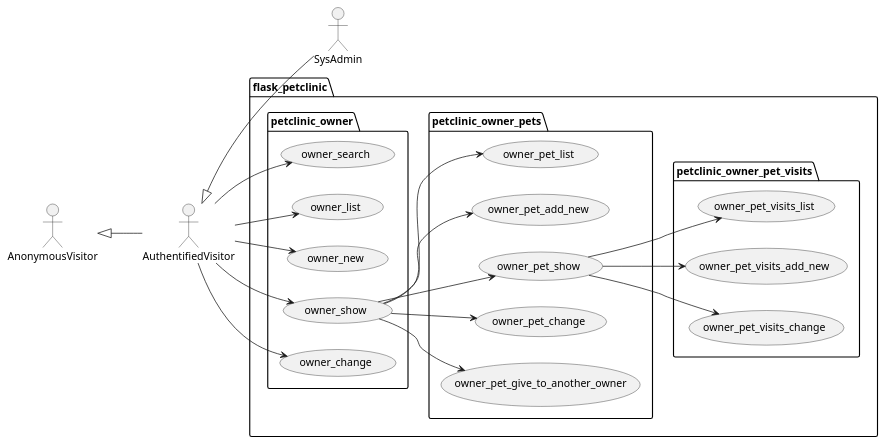
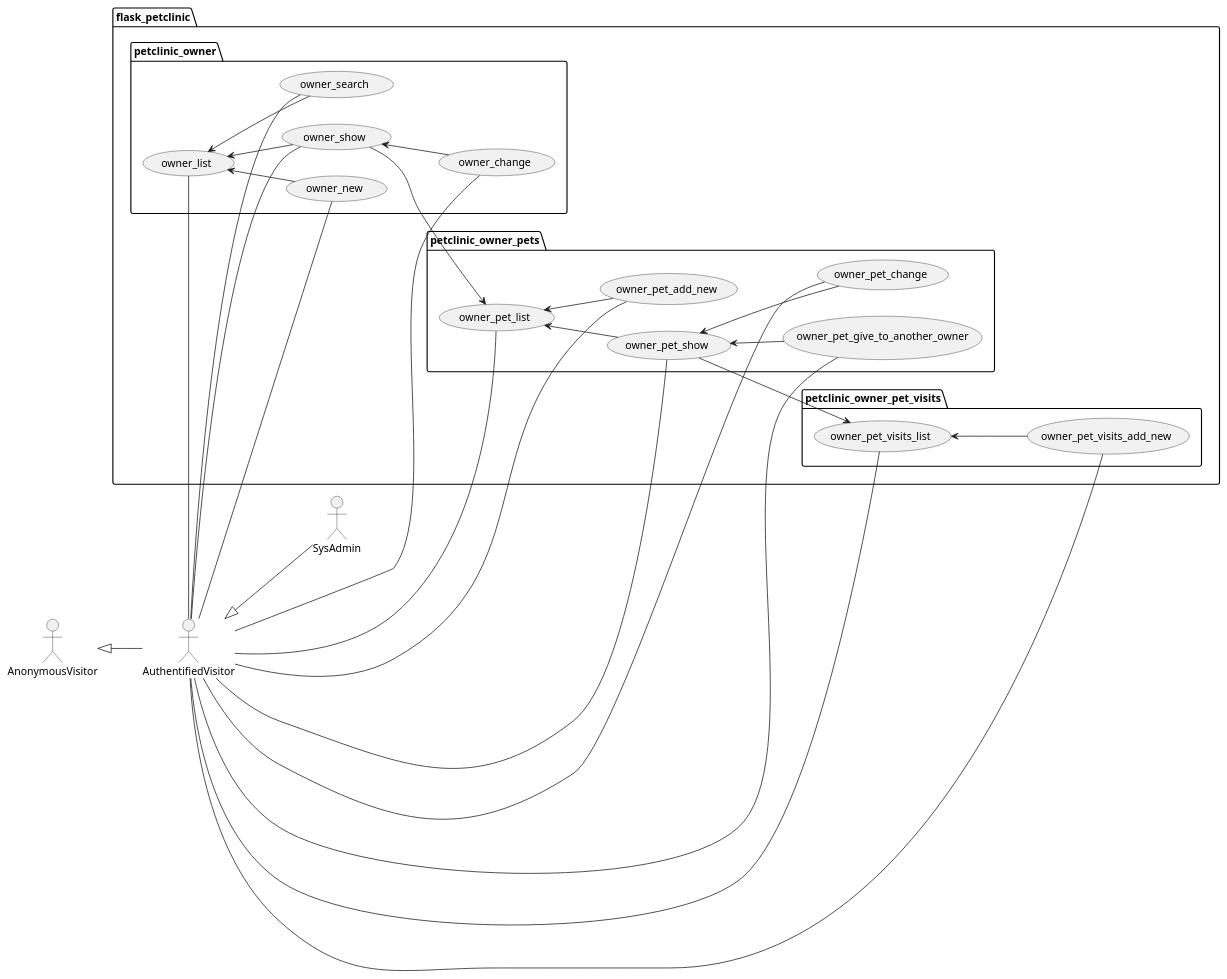
One commit to Jakarta-EE-Petclinic/petclinic_flask changed the diagram in project/petclinic_model/owner/owner.puml. Above: the diagram before and after it, drawn with PlantUML. The commit also changed 7 other files, not shown here.

```diff
--- a/project/petclinic_model/owner/owner.puml
+++ b/project/petclinic_model/owner/owner.puml
@@ -1,56 +1,67 @@
 @startuml
 left to right direction
 
 actor AnonymousVisitor as av
 actor AuthentifiedVisitor as au
 actor SysAdmin as sa
 
 av <|-- au
 au <|-- sa
 
 package flask_petclinic {
 
     package petclinic_owner {
 
         usecase owner_search as uc7000
         usecase owner_list as uc7001
         usecase owner_new as uc7002
         usecase owner_show as uc7003
         usecase owner_change as uc7004
 
-        au --> uc7000
-        au --> uc7001
-        au --> uc7002
-        au --> uc7003
-        au --> uc7004
+        au -- uc7000
+        au -- uc7001
+        au -- uc7002
+        au -- uc7003
+        au -- uc7004
 
+        uc7001 <-- uc7000
+        uc7001 <-- uc7002
+        uc7001 <-- uc7003
+        uc7003 <-- uc7004
     }
 
     package petclinic_owner_pets {
 
         usecase owner_pet_list as uc7100
         usecase owner_pet_add_new as uc7101
         usecase owner_pet_show as uc7102
         usecase owner_pet_change as uc7103
         usecase owner_pet_give_to_another_owner as uc7104
 
+        au -- uc7100
+        au -- uc7101
+        au -- uc7102
+        au -- uc7103
+        au -- uc7104
+
         uc7003 --> uc7100
-        uc7003 --> uc7101
-        uc7003 --> uc7102
-        uc7003 --> uc7103
-        uc7003 --> uc7104
+        uc7100 <-- uc7101
+        uc7100 <-- uc7102
+        uc7102 <-- uc7103
+        uc7102 <-- uc7104
     }
 
     package petclinic_owner_pet_visits {
 
         usecase owner_pet_visits_list as uc7200
         usecase owner_pet_visits_add_new as uc7201
-        usecase owner_pet_visits_change as uc7202
+
+        au -- uc7200
+        au -- uc7201
 
         uc7102 --> uc7200
-        uc7102 --> uc7201
-        uc7102 --> uc7202
+        uc7200 <-- uc7201
     }
 
 }
 @enduml
```
